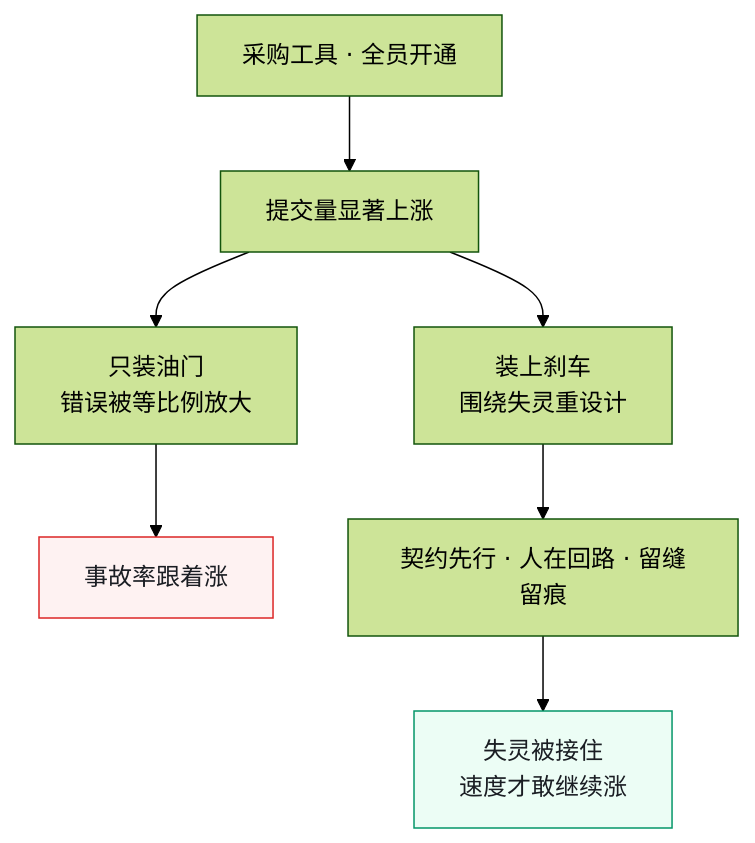
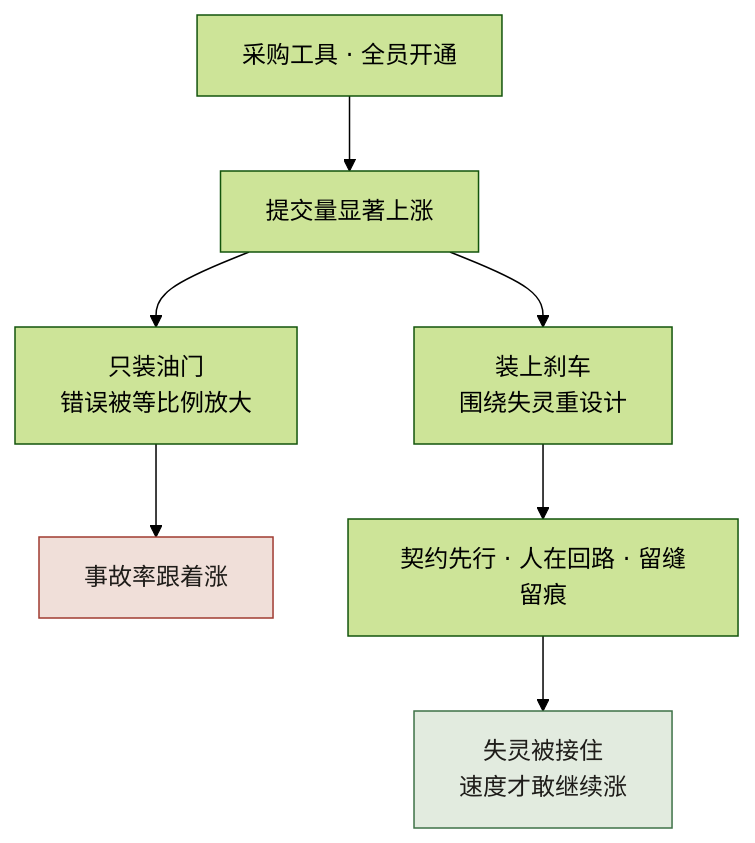
Before and after one commit to funny8kids/AI_Native_Software_Engineering: the first of 3 diagrams in docs/manuscript/ch06-第1章-AI原生不是让AI写代码.md, drawn with Mermaid (forest theme). The commit also changed other lines of this file and 81 other files, not shown here.

````diff
--- a/docs/manuscript/ch06-第1章-AI原生不是让AI写代码.md
+++ b/docs/manuscript/ch06-第1章-AI原生不是让AI写代码.md
@@ -36,11 +41,11 @@
 ```mermaid
 flowchart TB
   A["采购工具 · 全员开通"] --> B["提交量显著上涨"]
   B --> C1["只装油门<br/>错误被等比例放大"]
   C1 --> D1["事故率跟着涨"]
   B --> C2["装上刹车<br/>围绕失灵重设计"]
   C2 --> D2["契约先行 · 人在回路 · 留缝留痕"]
   D2 --> E["失灵被接住<br/>速度才敢继续涨"]
-  style D1 fill:#fef2f2,stroke:#dc2626,color:#1a1d23
-  style E fill:#ecfdf5,stroke:#059669,color:#1a1d23
+  style D1 fill:#f0dfd9,stroke:#a03b31,color:#1e1c19
+  style E fill:#e2ebdf,stroke:#3e7247,color:#1e1c19
 ```
````
